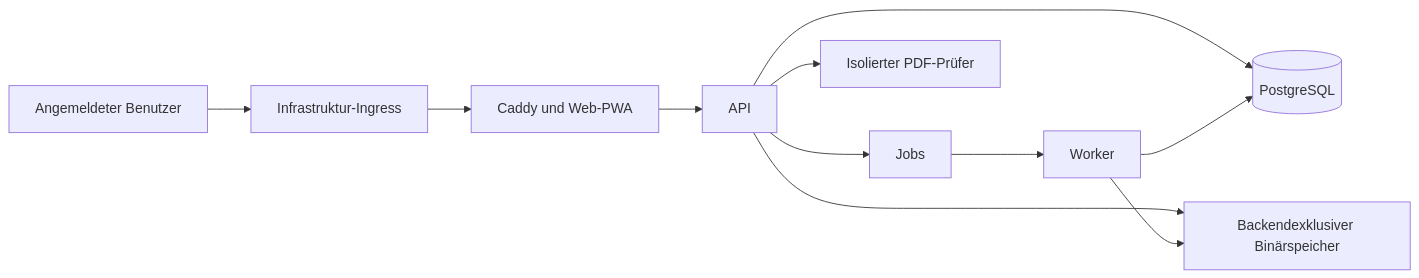
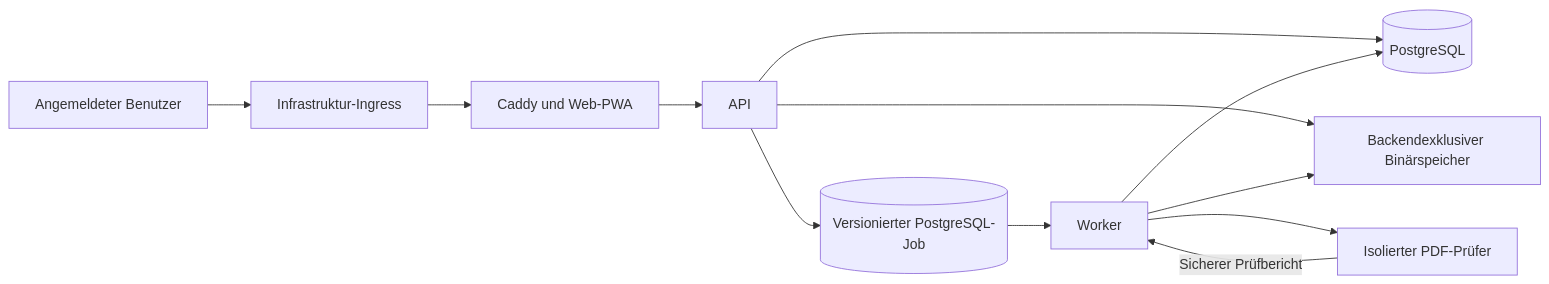
Before and after one commit to tomas-fuerl/SoSeBaMa: the diagram in docs/architecture/ARCHITECTURE-OVERVIEW.md, drawn with Mermaid. The commit also changed other lines of this file and 5 other files, not shown here.

````diff
--- a/docs/architecture/ARCHITECTURE-OVERVIEW.md
+++ b/docs/architecture/ARCHITECTURE-OVERVIEW.md
@@ -41,13 +41,14 @@
 ```mermaid
 flowchart LR
     U[Angemeldeter Benutzer] --> I[Infrastruktur-Ingress]
     I --> W[Caddy und Web-PWA]
     W --> A[API]
     A --> P[(PostgreSQL)]
     A --> B[Backendexklusiver Binärspeicher]
-    A --> J[Jobs]
+    A --> J[(Versionierter PostgreSQL-Job)]
     J --> R[Worker]
     R --> P
     R --> B
-    A --> V[Isolierter PDF-Prüfer]
+    R --> V[Isolierter PDF-Prüfer]
+    V -->|Sicherer Prüfbericht| R
 ```
````
